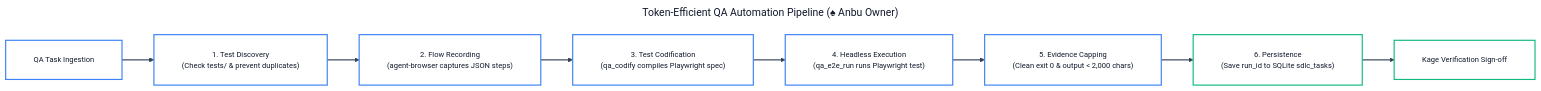
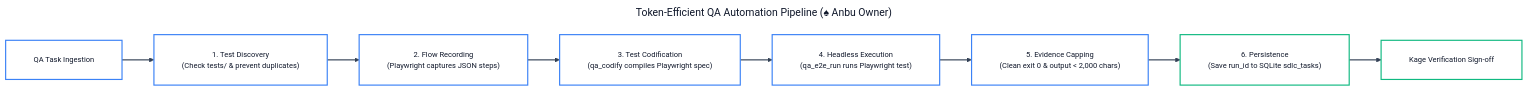
Before and after one commit to andycungkrinx91/konoha: the seventh of 19 diagrams in docs/ALL-WORKFLOW-DIAGRAMS.md, drawn with Mermaid. The commit also changed other lines of this file and 30 other files, not shown here.

````diff
--- a/docs/ALL-WORKFLOW-DIAGRAMS.md
+++ b/docs/ALL-WORKFLOW-DIAGRAMS.md
@@ -448,41 +448,41 @@
 ```mermaid
 ---
 title: Token-Efficient QA Automation Pipeline (♠ Anbu Owner)
 config:
   theme: base
   themeVariables:
     darkMode: false
     background: '#ffffff'
     mainBkg: '#ffffff'
     primaryColor: '#ffffff'
     primaryTextColor: '#0f172a'
     primaryBorderColor: '#3b82f6'
     lineColor: '#334155'
     arrowheadColor: '#334155'
     secondaryColor: '#f8fafc'
     tertiaryColor: '#ffffff'
     fontFamily: 'Inter, system-ui, -apple-system, sans-serif'
     fontSize: '13px'
   flowchart:
     nodeSpacing: 45
     rankSpacing: 55
     padding: 24
     wrappingWidth: 350
 ---
 flowchart LR
     Start["QA Task Ingestion"] --> S1["1. Test Discovery<br/>(Check tests/ &amp; prevent duplicates)"]
-    S1 --> S2["2. Flow Recording<br/>(agent-browser captures JSON steps)"]
+    S1 --> S2["2. Flow Recording<br/>(Playwright captures JSON steps)"]
     S2 --> S3["3. Test Codification<br/>(qa_codify compiles Playwright spec)"]
     S3 --> S4["4. Headless Execution<br/>(qa_e2e_run runs Playwright test)"]
     S4 --> S5["5. Evidence Capping<br/>(Clean exit 0 &amp; output &lt; 2,000 chars)"]
     S5 --> S6["6. Persistence<br/>(Save run_id to SQLite sdlc_tasks)"]
     S6 --> Done["Kage Verification Sign-off"]
 
     linkStyle default stroke:#334155,stroke-width:2px;
 
     classDef stepNode fill:#ffffff,stroke:#3b82f6,color:#0f172a,stroke-width:2px;
     classDef passNode fill:#ffffff,stroke:#10b981,color:#0f172a,stroke-width:2px;
 
     class Start,S1,S2,S3,S4,S5 stepNode;
     class S6,Done passNode;
 ```
````
